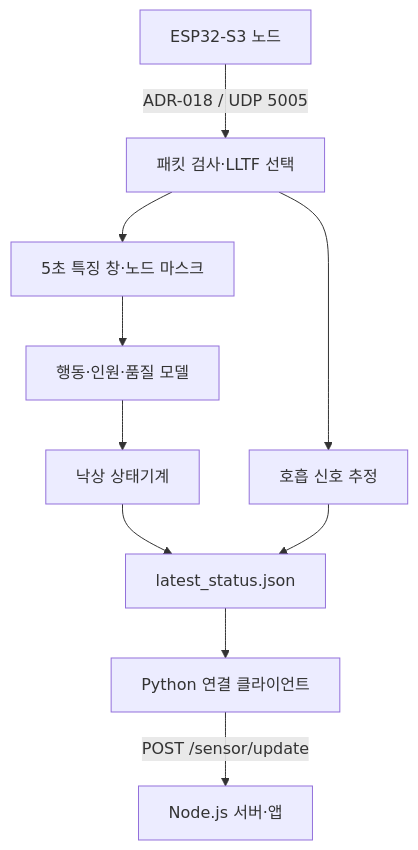
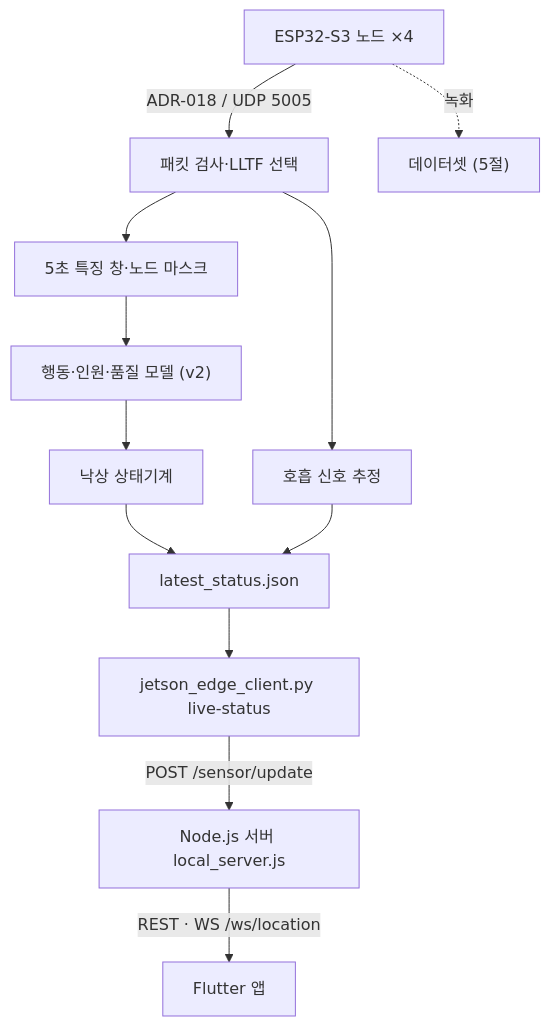
Before and after one commit to junnn0098/26_HS022: the diagram in docs/architecture/DATA_CONTRACTS.md, drawn with Mermaid. The commit also changed other lines of this file and 10 other files, not shown here.

````diff
--- a/docs/architecture/DATA_CONTRACTS.md
+++ b/docs/architecture/DATA_CONTRACTS.md
@@ -5,12 +5,14 @@
 ```mermaid
 flowchart TD
-  N["ESP32-S3 노드"] -->|"ADR-018 / UDP 5005"| P["패킷 검사·LLTF 선택"]
+  N["ESP32-S3 노드 ×4"] -->|"ADR-018 / UDP 5005"| P["패킷 검사·LLTF 선택"]
+  N -.->|"녹화"| D["데이터셋 (5절)"]
   P --> F["5초 특징 창·노드 마스크"]
-  F --> M["행동·인원·품질 모델"]
+  F --> M["행동·인원·품질 모델 (v2)"]
   M --> S["낙상 상태기계"]
   P --> R["호흡 신호 추정"]
   S --> J["latest_status.json"]
   R --> J
-  J --> B["Python 연결 클라이언트"]
-  B -->|"POST /sensor/update"| A["Node.js 서버·앱"]
+  J --> B["jetson_edge_client.py live-status"]
+  B -->|"POST /sensor/update"| A["Node.js 서버 local_server.js"]
+  A -->|"REST · WS /ws/location"| APP["Flutter 앱"]
 ```
````
